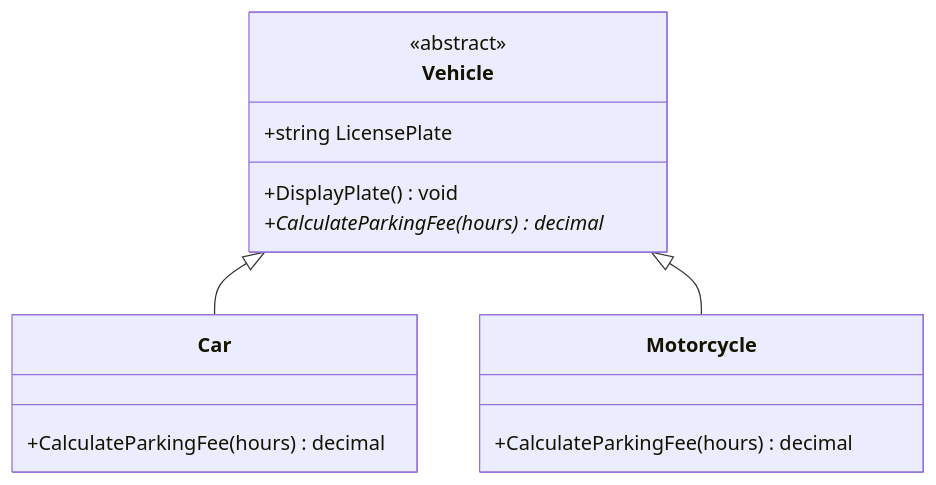
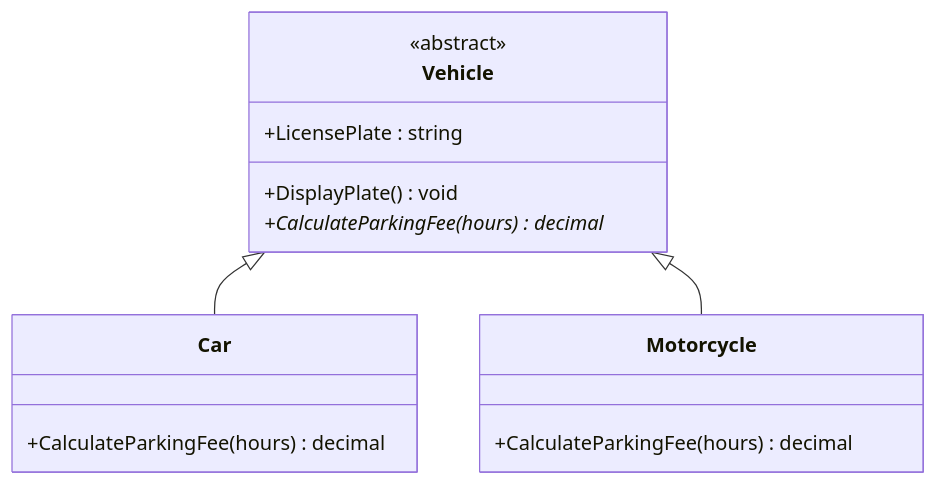
One commit to tushardongre1990/LLD-Claude changed the fifth of 6 diagrams in 00-Foundations/01-OOP-Basics/notes.md. Above: the diagram before and after it, drawn with Mermaid. The commit also changed other lines of this file and 19 other files, not shown here.

First line of the commit message:
docs(00-Foundations): fix mermaid attribute ordering to name : type

````diff
--- a/00-Foundations/01-OOP-Basics/notes.md
+++ b/00-Foundations/01-OOP-Basics/notes.md
@@ -198,17 +198,17 @@
 ```mermaid
 classDiagram
     class Vehicle {
         <<abstract>>
-        +string LicensePlate
+        +LicensePlate : string
         +DisplayPlate() void
         +CalculateParkingFee(hours)* decimal
     }
     class Car {
         +CalculateParkingFee(hours) decimal
     }
     class Motorcycle {
         +CalculateParkingFee(hours) decimal
     }
     Vehicle <|-- Car
     Vehicle <|-- Motorcycle
 ```
````
